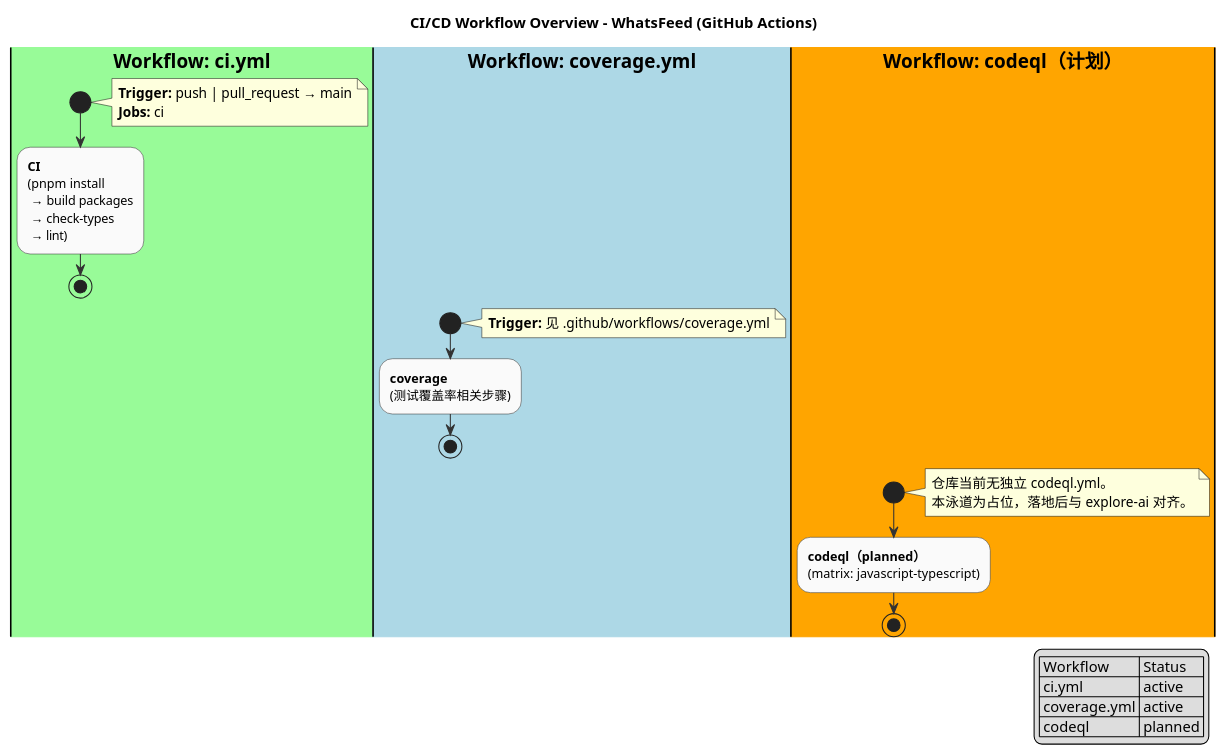
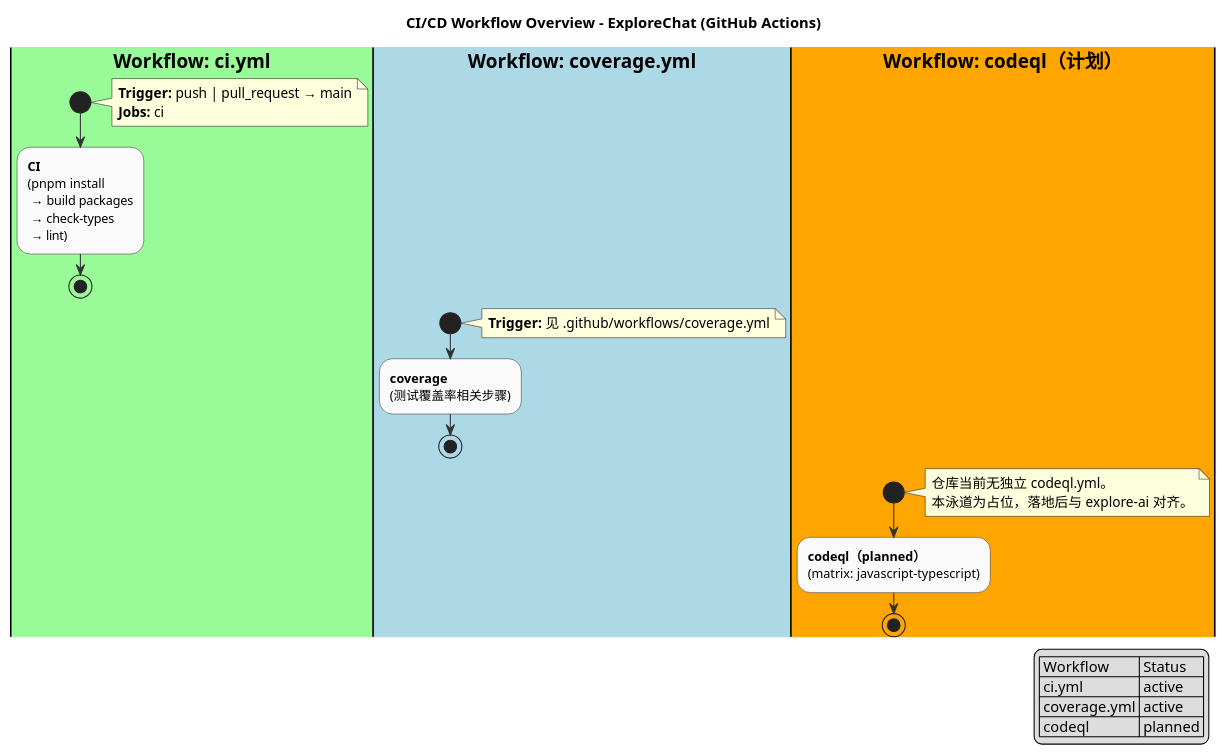
The diagram in docs/developer/cicd/cicd-workflow.puml (felixzhu97/explore-chat), drawn with PlantUML before and after one commit. The commit also changed 16 other files, not shown here.

First line of the commit message:
Rename project branding to ExploreChat / explore-chat (#31)

```diff
--- a/docs/developer/cicd/cicd-workflow.puml
+++ b/docs/developer/cicd/cicd-workflow.puml
@@ -1,48 +1,48 @@
 @startuml cicd-workflow
 !pragma activityFlow
 skinparam activityBackgroundColor #FAFAFA
 skinparam activityBorderColor #333333
 skinparam arrowColor #333333
 skinparam packageStyle rectangle
 
-title CI/CD Workflow Overview - WhatsFeed (GitHub Actions)
+title CI/CD Workflow Overview - ExploreChat (GitHub Actions)
 
 |#palegreen|**Workflow: ci.yml**|
 start
 note right
 **Trigger:** push | pull_request → main
 **Jobs:** ci
 end note
 :**CI**
 (pnpm install
  → build packages
  → check-types
  → lint);
 stop
 
 |#lightblue|**Workflow: coverage.yml**|
 start
 note right
 **Trigger:** 见 .github/workflows/coverage.yml
 end note
 :**coverage**
 (测试覆盖率相关步骤);
 stop
 
 |#orange|**Workflow: codeql（计划）**|
 start
 note right
 仓库当前无独立 codeql.yml。
 本泳道为占位，落地后与 explore-ai 对齐。
 end note
 :**codeql（planned）**
 (matrix: javascript-typescript);
 stop
 
 legend right
 | Workflow | Status |
 | ci.yml | active |
 | coverage.yml | active |
 | codeql | planned |
 endlegend
 @enduml
```
